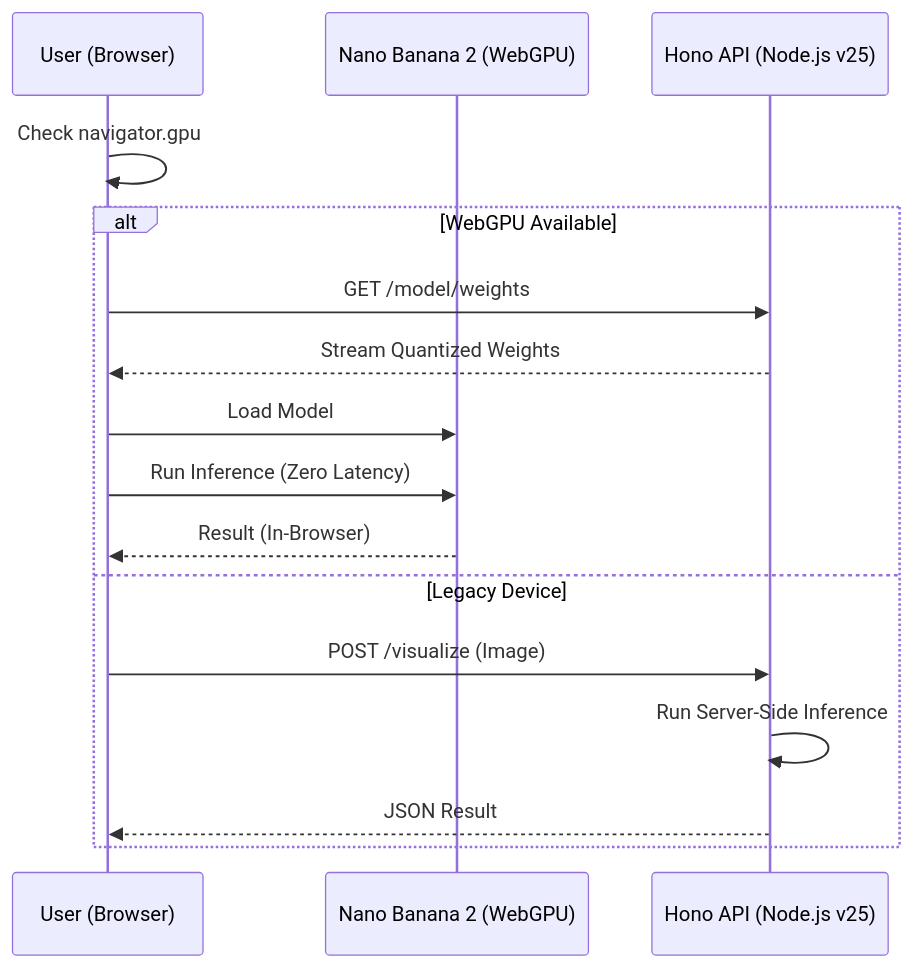
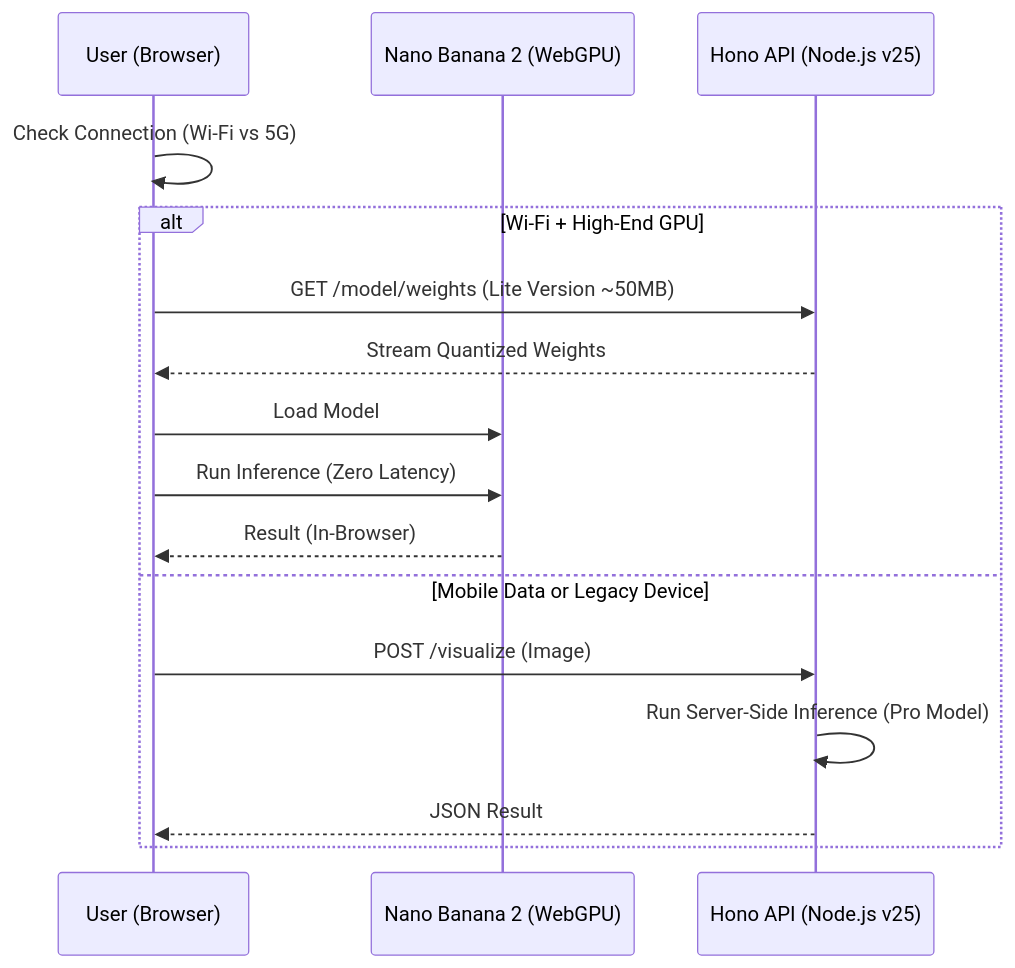
Before and after one commit to Tobiscuit/mobile-garage-door: the second of 2 diagrams in docs/JULES_HANDOFF.md, drawn with Mermaid. The commit also changed other lines of this file, not shown here.

Commit message:
docs: update jules handoff with smart loading and quantized model specs

````diff
--- a/docs/JULES_HANDOFF.md
+++ b/docs/JULES_HANDOFF.md
@@ -51,19 +51,20 @@
 ```mermaid
 sequenceDiagram
     participant User as User (Browser)
     participant WebGPU as Nano Banana 2 (WebGPU)
     participant API as Hono API (Node.js v25)
     
-    User->>User: Check navigator.gpu
-    alt WebGPU Available
-        User->>API: GET /model/weights
+    User->>User: Check Connection (Wi-Fi vs 5G)
+    
+    alt Wi-Fi + High-End GPU
+        User->>API: GET /model/weights (Lite Version ~50MB)
         API-->>User: Stream Quantized Weights
         User->>WebGPU: Load Model
         User->>WebGPU: Run Inference (Zero Latency)
         WebGPU-->>User: Result (In-Browser)
-    else Legacy Device
+    else Mobile Data or Legacy Device
         User->>API: POST /visualize (Image)
-        API->>API: Run Server-Side Inference
+        API->>API: Run Server-Side Inference (Pro Model)
         API-->>User: JSON Result
     end
 ```
````
